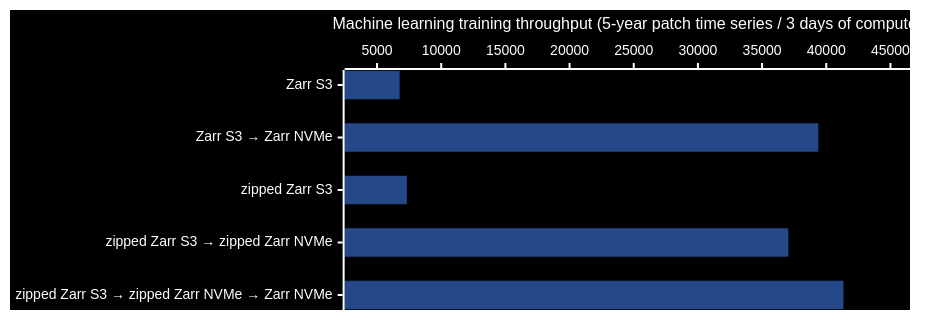
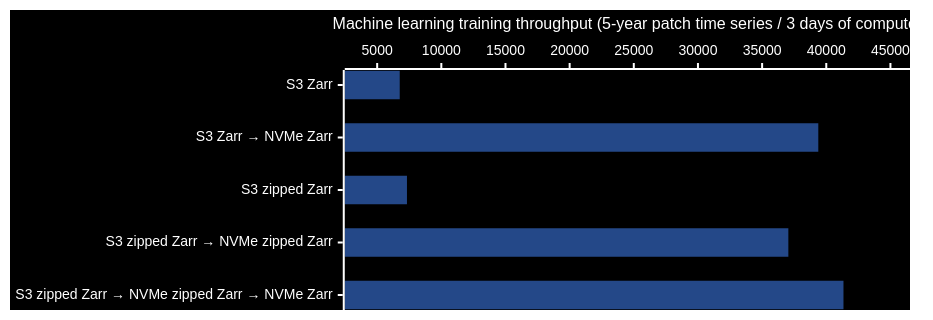
The third of 8 diagrams in README.md (hamk-uas/datacube-storage-lab), drawn with Mermaid before and after one commit. The commit also changed other lines of this file and 1 other file, not shown here.

Commit message:
+throughput.ods

````diff
--- a/README.md
+++ b/README.md
@@ -495,26 +495,26 @@
 ```mermaid
 ---
 config:
     xyChart:
         width: 900
         height: 300
     themeVariables:
         xyChart:
             backgroundColor: "#000"
             titleColor: "#fff"
             xAxisLabelColor: "#fff"
             xAxisTitleColor: "#fff"
             xAxisTickColor: "#fff"
             xAxisLineColor: "#fff"
             yAxisLabelColor: "#fff"
             yAxisTitleColor: "#fff"
             yAxisTickColor: "#fff"
             yAxisLineColor: "#fff"
             plotColorPalette: "#48f8, #000"
 ---
 xychart-beta horizontal
-    x-axis ["Zarr S3", "Zarr S3 → Zarr NVMe", "zipped Zarr S3", "zipped Zarr S3 → zipped Zarr NVMe", "zipped Zarr S3 → zipped Zarr NVMe → Zarr NVMe"]
+    x-axis ["S3 Zarr", "S3 Zarr → NVMe Zarr", "S3 zipped Zarr", "S3 zipped Zarr → NVMe zipped Zarr", "S3 zipped Zarr → NVMe zipped Zarr → NVMe Zarr"]
     y-axis "Machine learning training throughput (5-year patch time series / 3 days of compute)" 4000 --> 45000
     bar [6758.1579208241, 39378.9060052304, 7322.6316946076, 37045.2145583096, 41340.3074537667]
     bar [0, 0, 0, 0, 0, 0]
 ```
````
